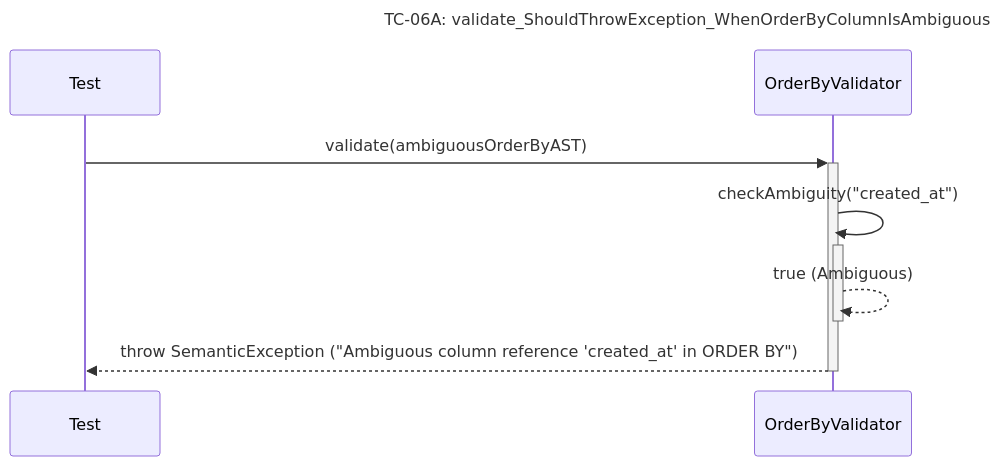
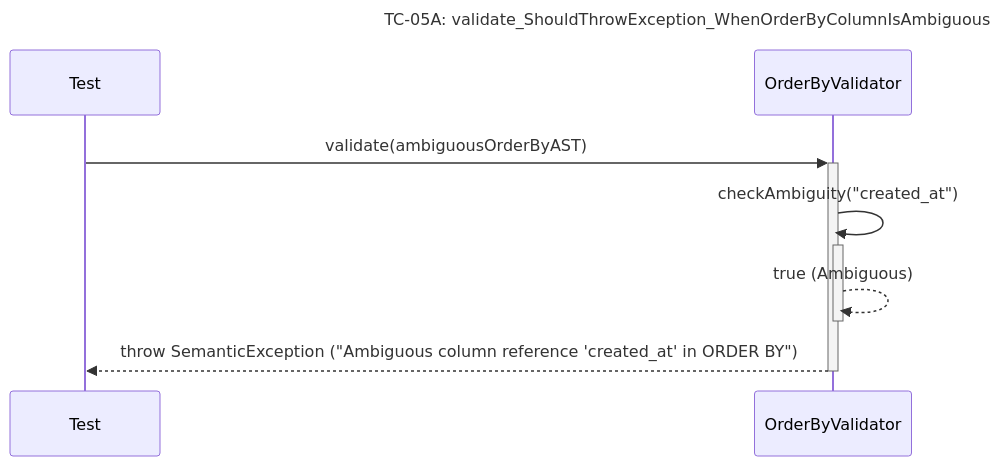
Before and after one commit to Dikhang1112/Database_Management_BBV: diagram 20 of 24 in docs/unit_test/query_prossor/SequeceTestCase.md, drawn with Mermaid. The commit also changed other lines of this file and 16 other files, not shown here.

````diff
--- a/docs/unit_test/query_prossor/SequeceTestCase.md
+++ b/docs/unit_test/query_prossor/SequeceTestCase.md
@@ -393,11 +297,11 @@
 ```mermaid
 sequenceDiagram
-    title TC-06A: validate_ShouldThrowException_WhenOrderByColumnIsAmbiguous
+    title TC-05A: validate_ShouldThrowException_WhenOrderByColumnIsAmbiguous
     participant Test
     participant OrderByValidator
 
     Test->>+OrderByValidator: validate(ambiguousOrderByAST)
     OrderByValidator->>+OrderByValidator: checkAmbiguity("created_at")
     OrderByValidator-->>-OrderByValidator: true (Ambiguous)
     OrderByValidator-->>-Test: throw SemanticException ("Ambiguous column reference 'created_at' in ORDER BY")
 ```
````
